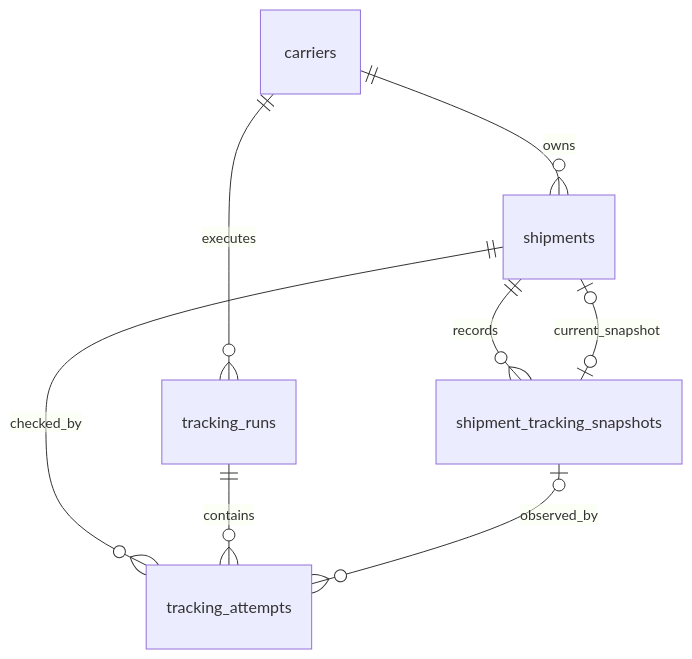
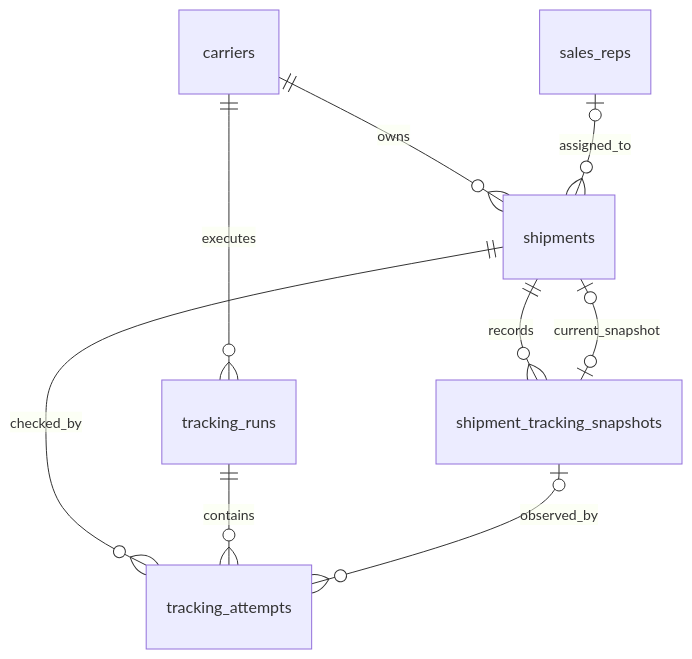
Before and after one commit to jeffrey125/grd-dashboard-be: the diagram in docs/v1/database-schema.md, drawn with Mermaid. The commit also changed other lines of this file and 32 other files, not shown here.

Commit message:
feat(shipments): add sales rep assignment and follow-up tracking

````diff
--- a/docs/v1/database-schema.md
+++ b/docs/v1/database-schema.md
@@ -19,10 +20,11 @@
 ```mermaid
 erDiagram
     carriers ||--o{ shipments : owns
+    sales_reps o|--o{ shipments : assigned_to
     carriers ||--o{ tracking_runs : executes
     shipments ||--o{ shipment_tracking_snapshots : records
     shipments ||--o{ tracking_attempts : checked_by
     tracking_runs ||--o{ tracking_attempts : contains
     shipment_tracking_snapshots o|--o{ tracking_attempts : observed_by
     shipments o|--o| shipment_tracking_snapshots : current_snapshot
 ```
````
